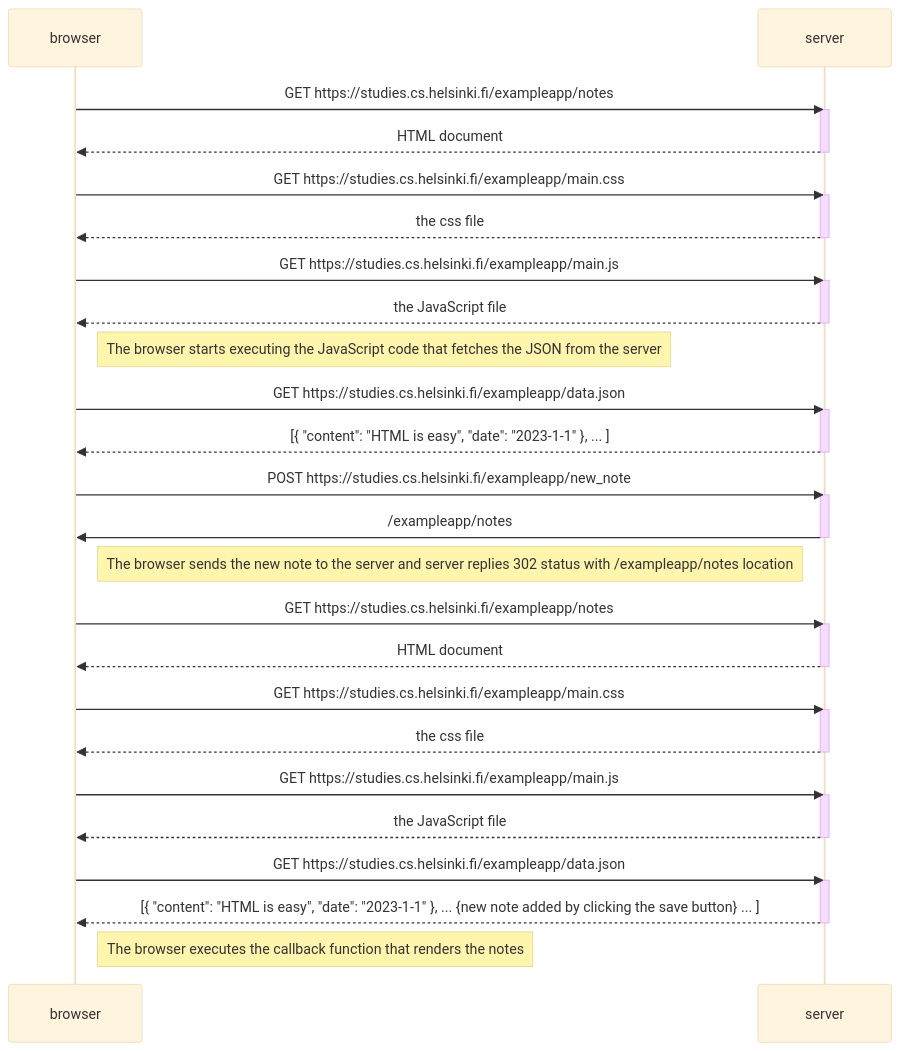
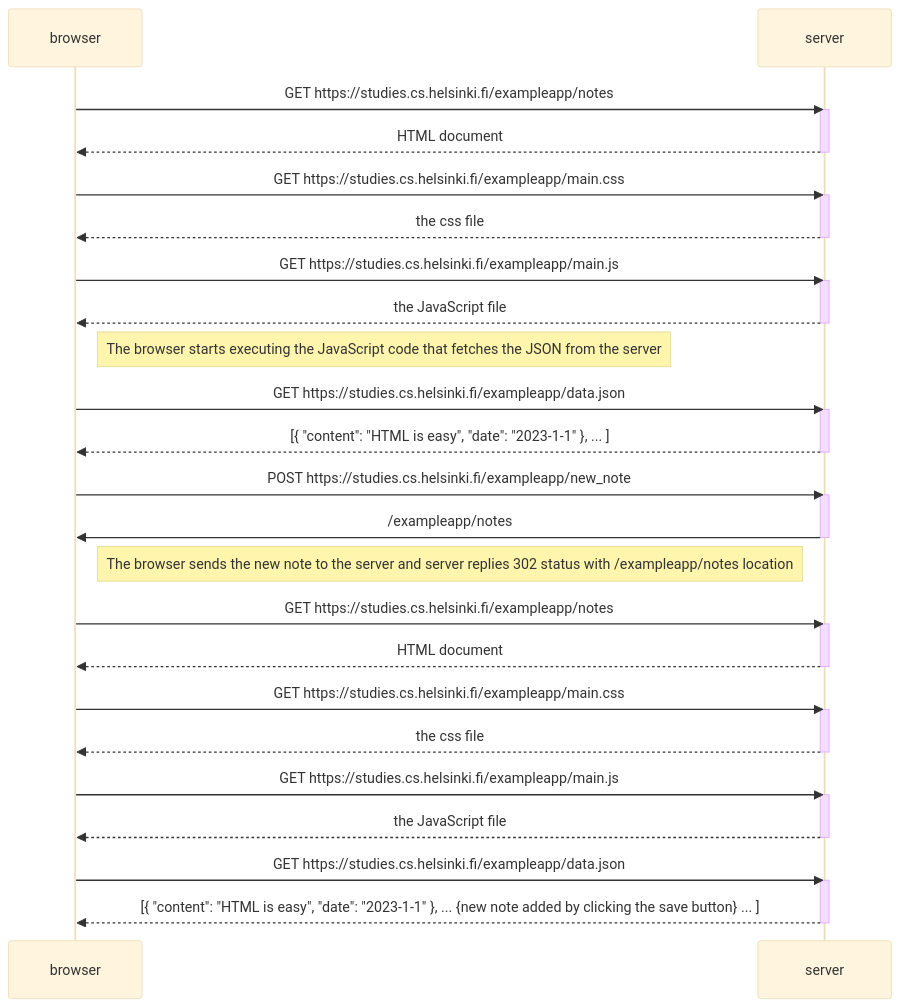
One commit to anik2410/full-stack-open changed the diagram in Part0/0_4.mermaid. Above: the diagram before and after it, drawn with Mermaid (base theme). The commit also changed 2 other files, not shown here.

```diff
--- a/Part0/0_4.mermaid
+++ b/Part0/0_4.mermaid
@@ -1,54 +1,52 @@
 sequenceDiagram
     participant browser
     participant server
 
     browser->>server: GET https://studies.cs.helsinki.fi/exampleapp/notes
     activate server
     server-->>browser: HTML document
     deactivate server
 
     browser->>server: GET https://studies.cs.helsinki.fi/exampleapp/main.css
     activate server
     server-->>browser: the css file
     deactivate server
 
     browser->>server: GET https://studies.cs.helsinki.fi/exampleapp/main.js
     activate server
     server-->>browser: the JavaScript file
     deactivate server
 
     Note right of browser: The browser starts executing the JavaScript code that fetches the JSON from the server
 
     browser->>server: GET https://studies.cs.helsinki.fi/exampleapp/data.json
     activate server
     server-->>browser: [{ "content": "HTML is easy", "date": "2023-1-1" }, ... ]
     deactivate server
 
     browser->>server: POST https://studies.cs.helsinki.fi/exampleapp/new_note
     activate server
     server->>browser: /exampleapp/notes
     deactivate server
 
     Note right of browser: The browser sends the new note to the server and server replies 302 status with /exampleapp/notes location
 
     browser->>server: GET https://studies.cs.helsinki.fi/exampleapp/notes
     activate server
     server-->>browser: HTML document
     deactivate server
 
     browser->>server: GET https://studies.cs.helsinki.fi/exampleapp/main.css
     activate server
     server-->>browser: the css file
     deactivate server
 
     browser->>server: GET https://studies.cs.helsinki.fi/exampleapp/main.js
     activate server
     server-->>browser: the JavaScript file
     deactivate server 
 
     browser->>server: GET https://studies.cs.helsinki.fi/exampleapp/data.json
     activate server
     server-->>browser: [{ "content": "HTML is easy", "date": "2023-1-1" }, ... {new note added by clicking the save button} ... ]
     deactivate server
-
-    Note right of browser: The browser executes the callback function that renders the notes
```
